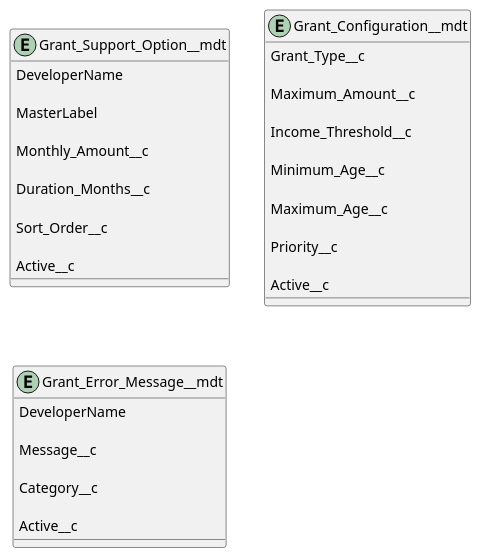
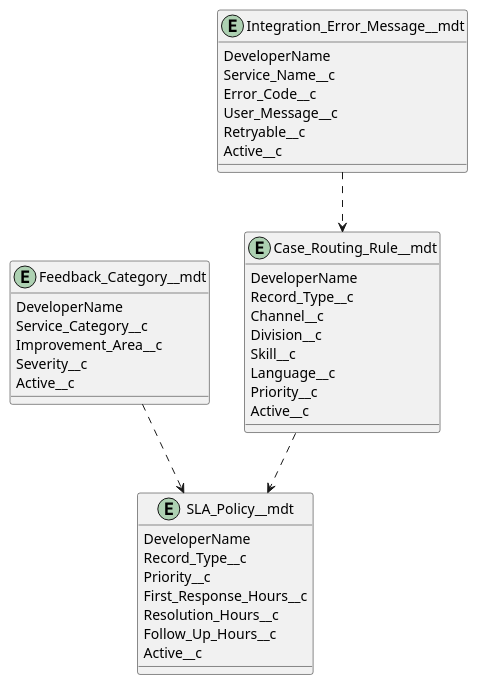
The diagram in puml task1/2.9 Configurable Business Rules.puml (jimmytobing/virtusa), drawn with PlantUML before and after one commit. The commit also changed 31 other files, not shown here.

```diff
--- a/puml task1/2.9 Configurable Business Rules.puml
+++ b/puml task1/2.9 Configurable Business Rules.puml
@@ -1,49 +1,45 @@
 @startuml
 
-entity Grant_Support_Option__mdt {
-
-DeveloperName
-
-MasterLabel
-
-Monthly_Amount__c
-
-Duration_Months__c
-
-Sort_Order__c
-
-Active__c
-
+entity Case_Routing_Rule__mdt {
+  DeveloperName
+  Record_Type__c
+  Channel__c
+  Division__c
+  Skill__c
+  Language__c
+  Priority__c
+  Active__c
 }
 
-entity Grant_Configuration__mdt {
-
-Grant_Type__c
-
-Maximum_Amount__c
-
-Income_Threshold__c
-
-Minimum_Age__c
-
-Maximum_Age__c
-
-Priority__c
-
-Active__c
-
+entity SLA_Policy__mdt {
+  DeveloperName
+  Record_Type__c
+  Priority__c
+  First_Response_Hours__c
+  Resolution_Hours__c
+  Follow_Up_Hours__c
+  Active__c
 }
 
-entity Grant_Error_Message__mdt {
-
-DeveloperName
-
-Message__c
-
-Category__c
-
-Active__c
-
+entity Feedback_Category__mdt {
+  DeveloperName
+  Service_Category__c
+  Improvement_Area__c
+  Severity__c
+  Active__c
 }
 
+entity Integration_Error_Message__mdt {
+  DeveloperName
+  Service_Name__c
+  Error_Code__c
+  User_Message__c
+  Retryable__c
+  Active__c
+}
+
+Case_Routing_Rule__mdt ..> SLA_Policy__mdt
+Feedback_Category__mdt ..> SLA_Policy__mdt
+Integration_Error_Message__mdt ..> Case_Routing_Rule__mdt
+
 @enduml
```
